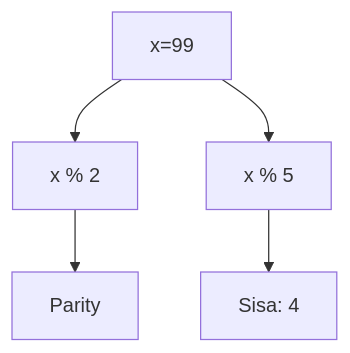
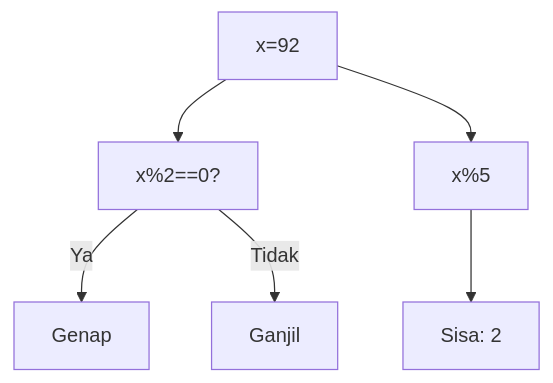
Before and after one commit to amnahwaida/OSNK_INF_PREP: diagram 19 of 25 in part-c-pemahaman-cpp/04-fungsi/latihan/set-04.md, drawn with Mermaid. The commit also changed other lines of this file and 71 other files, not shown here.

Commit message:
Fixed Mermaid syntax lexical errors with quoted labels in 1,800 questions

````diff
--- a/part-c-pemahaman-cpp/04-fungsi/latihan/set-04.md
+++ b/part-c-pemahaman-cpp/04-fungsi/latihan/set-04.md
@@ -499,7 +594,8 @@
 ```mermaid
 graph TD
-A[x=99] --> B[x % 2]
-B --> C[Parity]
-A --> D[x % 5]
-D --> E[Sisa: 4]
+A["x=92"] --> B["x%2==0?"]
+B -- Ya --> C["Genap"]
+B -- Tidak --> D["Ganjil"]
+A --> E["x%5"]
+E --> F["Sisa: 2"]
 ```
````
